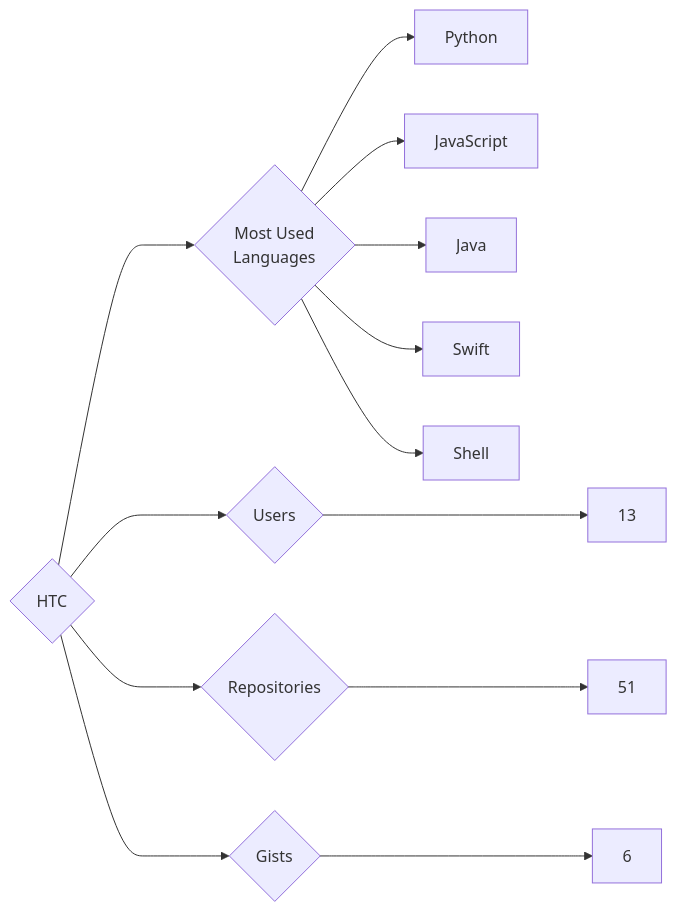
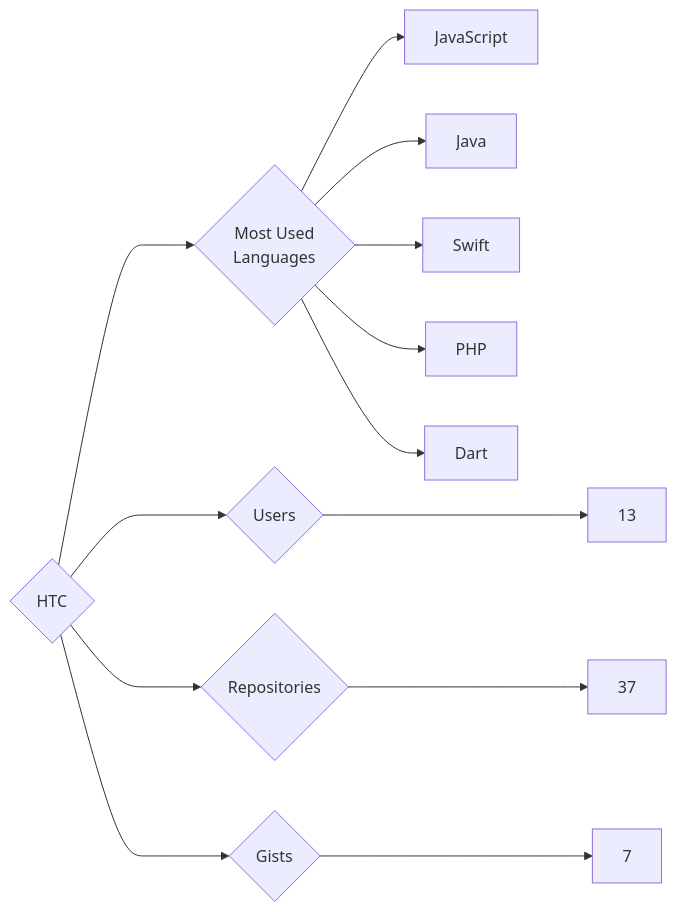
The diagram in targets/HTC/README.md (trickest/insiders), drawn with Mermaid before and after one commit. The commit also changed 927 other files, not shown here.

````diff
--- a/targets/HTC/README.md
+++ b/targets/HTC/README.md
@@ -3,13 +3,13 @@
 ```mermaid
 graph LR
 COMPANY_NAME{HTC}
 COMPANY_NAME ---> U{Users} ---> UN[13]
-COMPANY_NAME ---> R{Repositories} ---> RN[51]
-COMPANY_NAME ---> G{Gists} ---> GN[6]
+COMPANY_NAME ---> R{Repositories} ---> RN[37]
+COMPANY_NAME ---> G{Gists} ---> GN[7]
 COMPANY_NAME ---> ML{Most Used<br>Languages}
-ML --> Python[Python]
 ML --> JavaScript[JavaScript]
 ML --> Java[Java]
 ML --> Swift[Swift]
-ML --> Shell[Shell]
+ML --> PHP[PHP]
+ML --> Dart[Dart]
 ```
````
